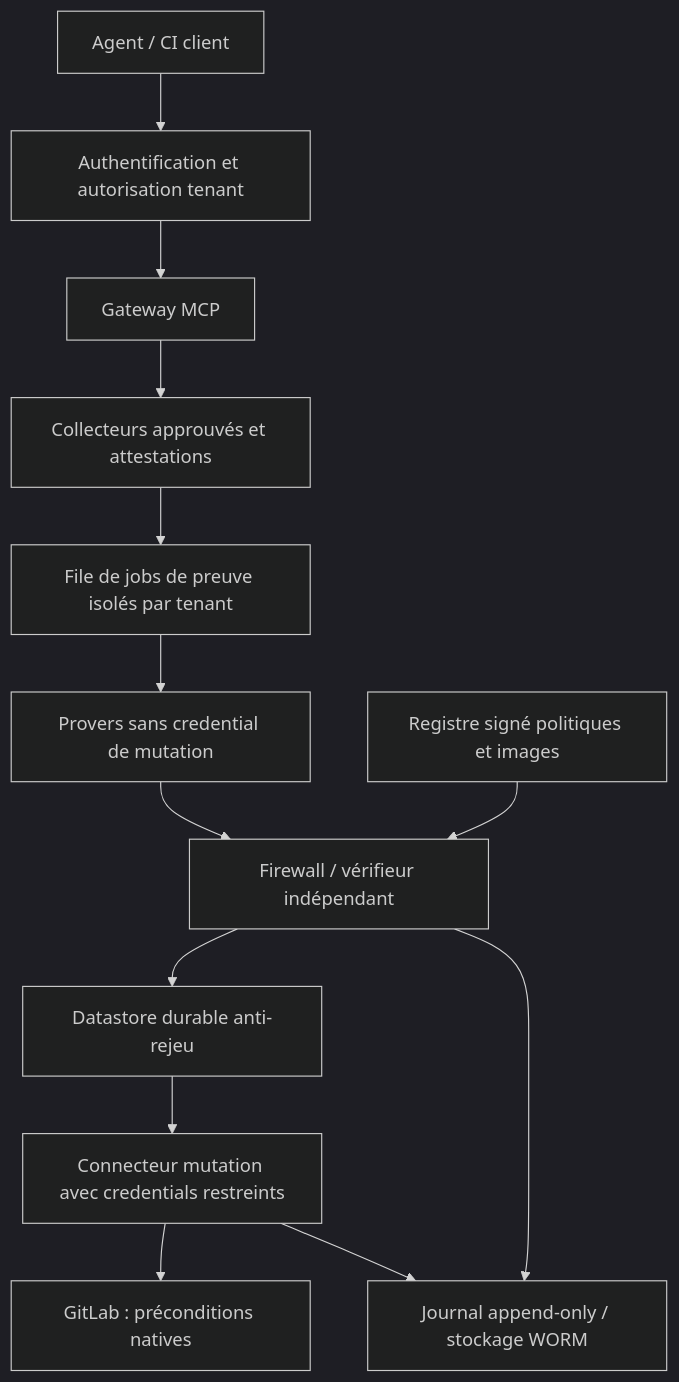
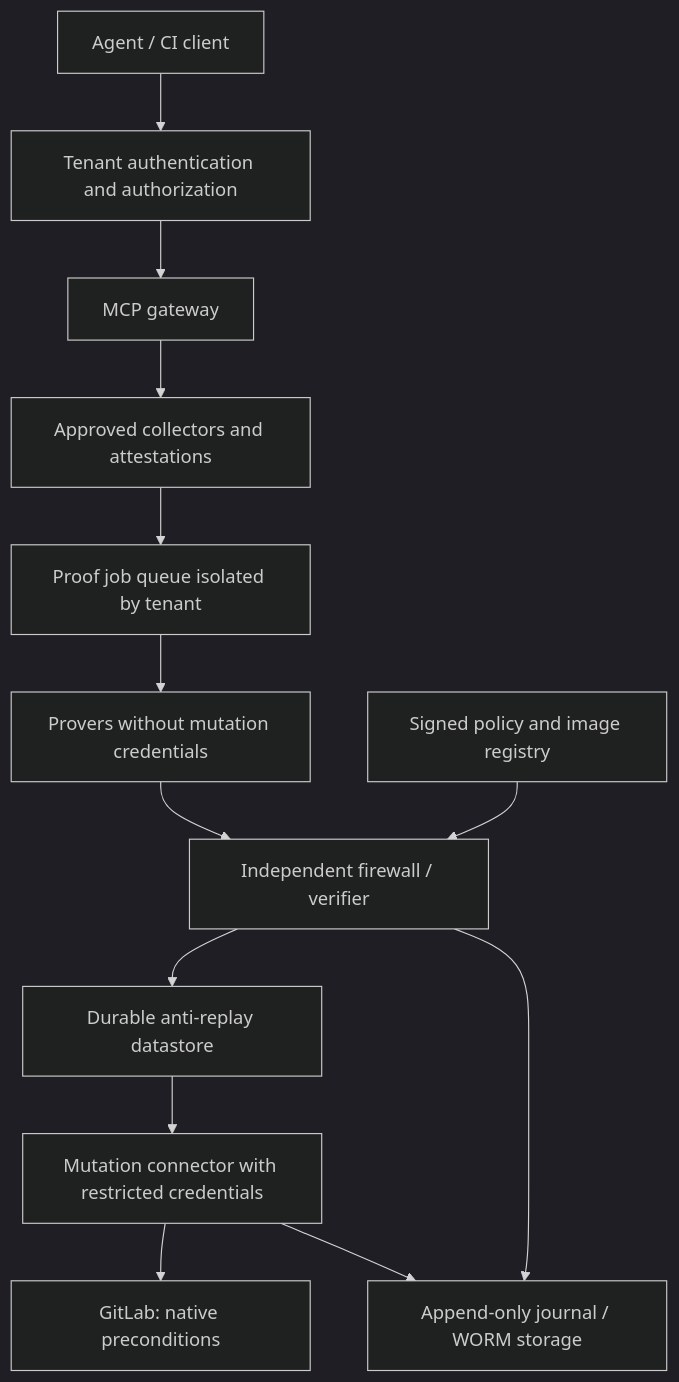
The second of 3 diagrams in docs/03-ARCHITECTURE.md (m4tth1euNa0p1c/ZK-agentiK), drawn with Mermaid (dark theme) before and after one commit. The commit also changed other lines of this file and 51 other files, not shown here.

````diff
--- a/docs/03-ARCHITECTURE.md
+++ b/docs/03-ARCHITECTURE.md
@@ -71,15 +70,15 @@
 ```mermaid
 flowchart TB
-  A[Agent / CI client] --> I[Authentification et autorisation tenant]
-  I --> G[Gateway MCP]
-  G --> C[Collecteurs approuvés et attestations]
-  C --> Q[File de jobs de preuve isolés par tenant]
-  Q --> P[Provers sans credential de mutation]
-  P --> F[Firewall / vérifieur indépendant]
-  T[Registre signé politiques et images] --> F
-  F --> R[Datastore durable anti-rejeu]
-  R --> X[Connecteur mutation avec credentials restreints]
-  X --> L[GitLab : préconditions natives]
-  F --> U[Journal append-only / stockage WORM]
+  A[Agent / CI client] --> I[Tenant authentication and authorization]
+  I --> G[MCP gateway]
+  G --> C[Approved collectors and attestations]
+  C --> Q[Proof job queue isolated by tenant]
+  Q --> P[Provers without mutation credentials]
+  P --> F[Independent firewall / verifier]
+  T[Signed policy and image registry] --> F
+  F --> R[Durable anti-replay datastore]
+  R --> X[Mutation connector with restricted credentials]
+  X --> L[GitLab: native preconditions]
+  F --> U[Append-only journal / WORM storage]
   X --> U
 ```
````
